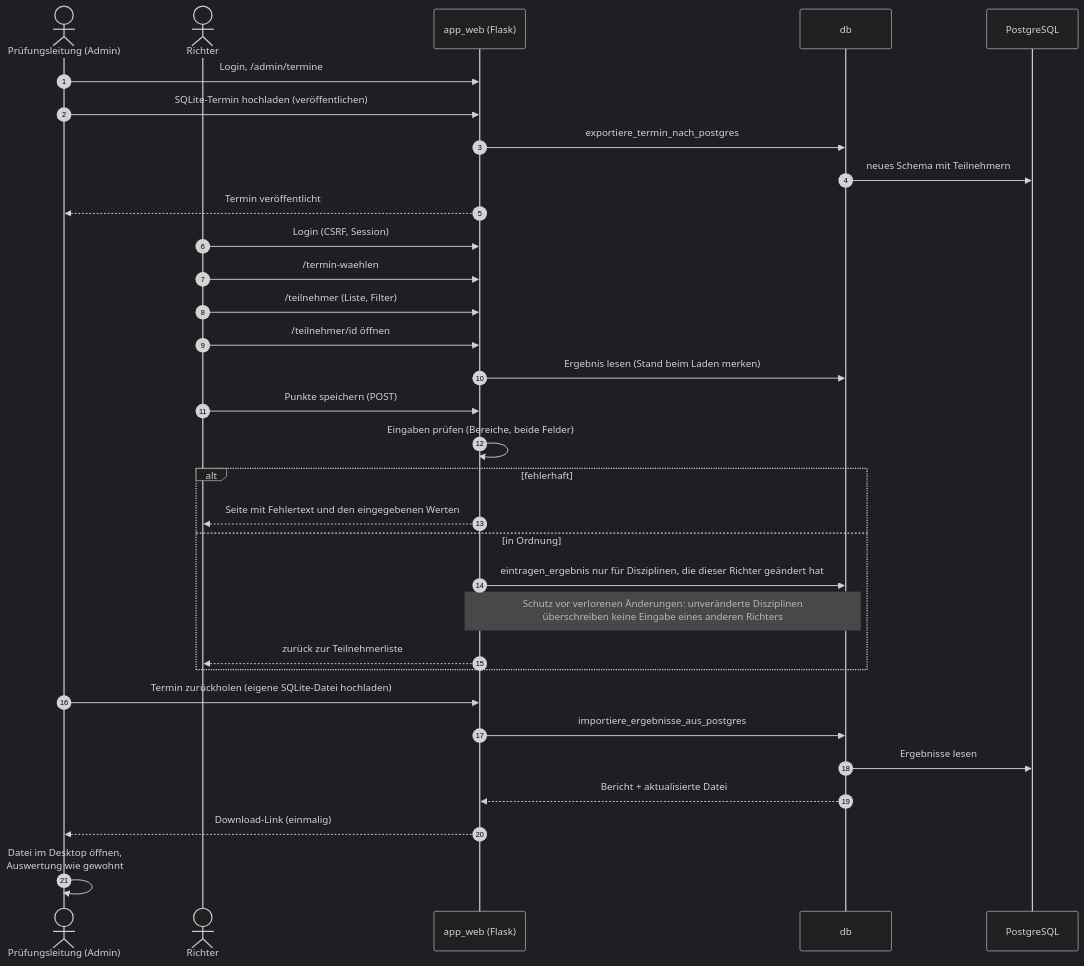
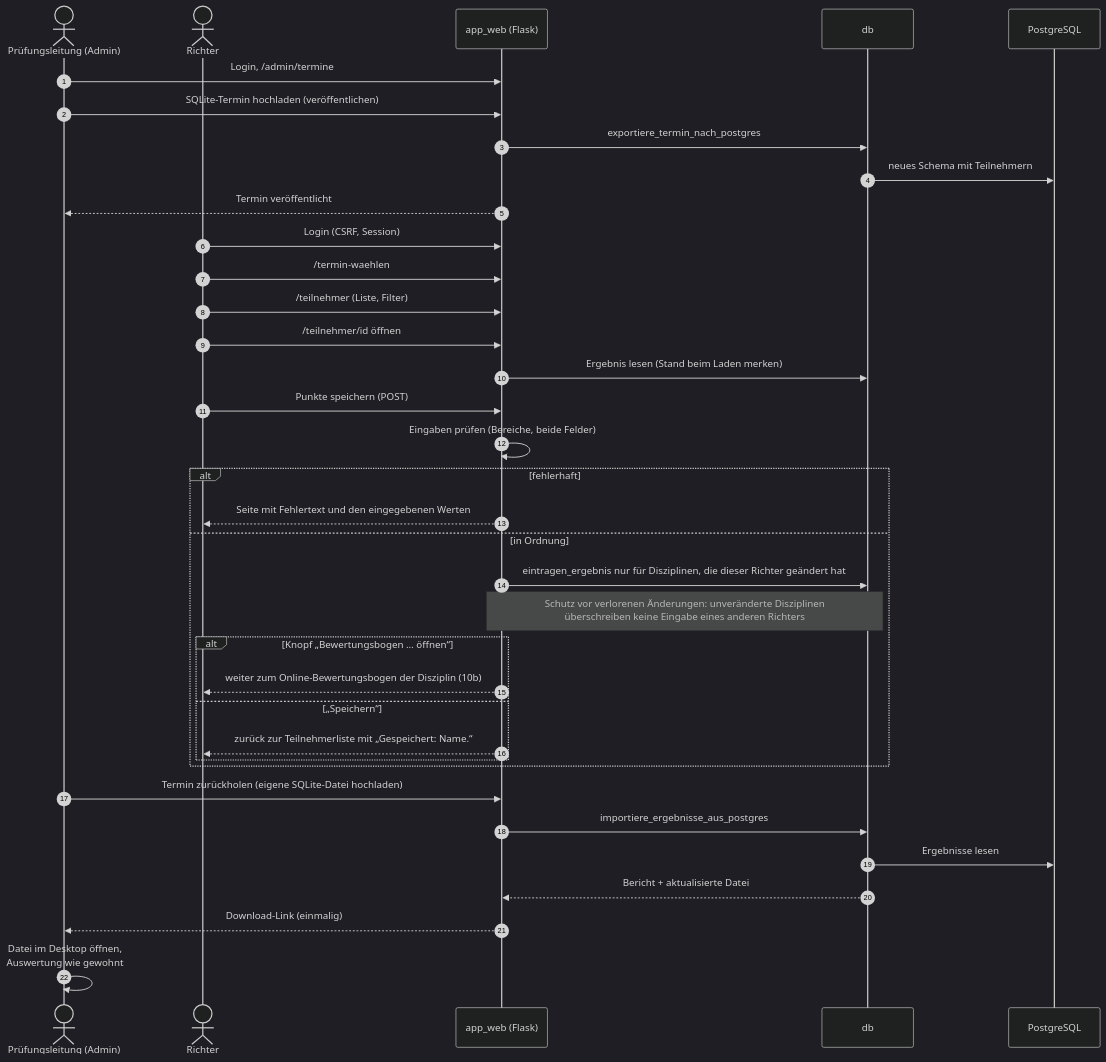
Before and after one commit to mbruver-source/SHS: the tenth of 15 diagrams in UML.md, drawn with Mermaid (dark theme). The commit also changed other lines of this file and 9 other files, not shown here.

First line of the commit message:
Web: Weg zum Bewertungsbogen aus Liste und Einzelseite, Bestätigung nach dem Speichern

````diff
--- a/UML.md
+++ b/UML.md
@@ -602,37 +602,41 @@
 ```mermaid
 sequenceDiagram
     autonumber
     actor PL as Prüfungsleitung (Admin)
     actor R as Richter
     participant W as app_web (Flask)
     participant D as db
     participant PG as PostgreSQL
 
     PL->>W: Login, /admin/termine
     PL->>W: SQLite-Termin hochladen (veröffentlichen)
     W->>D: exportiere_termin_nach_postgres
     D->>PG: neues Schema mit Teilnehmern
     W-->>PL: Termin veröffentlicht
 
     R->>W: Login (CSRF, Session)
     R->>W: /termin-waehlen
     R->>W: /teilnehmer (Liste, Filter)
     R->>W: /teilnehmer/id öffnen
     W->>D: Ergebnis lesen (Stand beim Laden merken)
     R->>W: Punkte speichern (POST)
     W->>W: Eingaben prüfen (Bereiche, beide Felder)
     alt fehlerhaft
         W-->>R: Seite mit Fehlertext und den eingegebenen Werten
     else in Ordnung
         W->>D: eintragen_ergebnis nur für Disziplinen, die dieser Richter geändert hat
         Note over W,D: Schutz vor verlorenen Änderungen: unveränderte Disziplinen<br/>überschreiben keine Eingabe eines anderen Richters
-        W-->>R: zurück zur Teilnehmerliste
+        alt Knopf „Bewertungsbogen … öffnen“
+            W-->>R: weiter zum Online-Bewertungsbogen der Disziplin (10b)
+        else „Speichern“
+            W-->>R: zurück zur Teilnehmerliste mit „Gespeichert: Name.“
+        end
     end
 
     PL->>W: Termin zurückholen (eigene SQLite-Datei hochladen)
     W->>D: importiere_ergebnisse_aus_postgres
     D->>PG: Ergebnisse lesen
     D-->>W: Bericht + aktualisierte Datei
     W-->>PL: Download-Link (einmalig)
     PL->>PL: Datei im Desktop öffnen,<br/>Auswertung wie gewohnt
 ```
````
